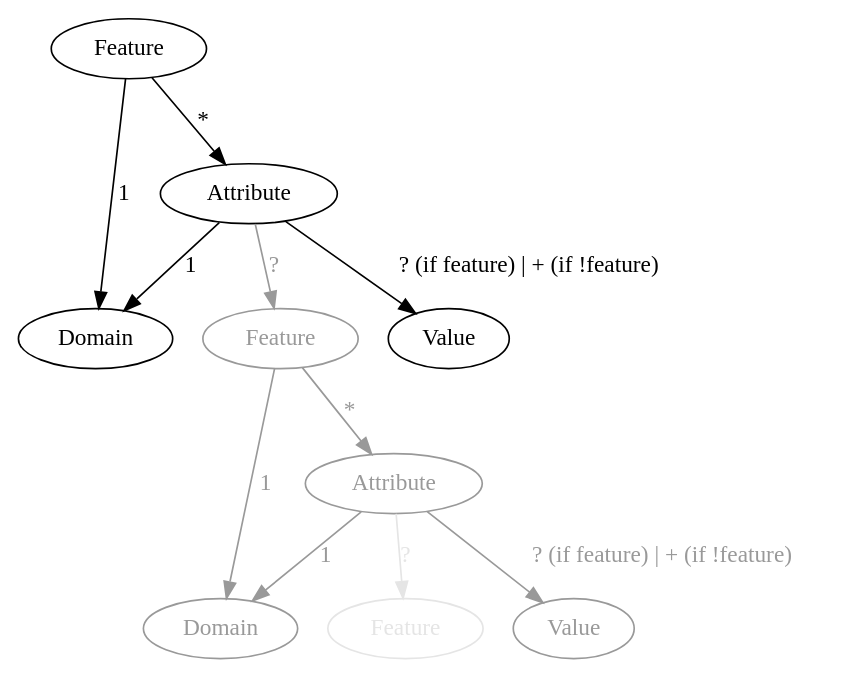
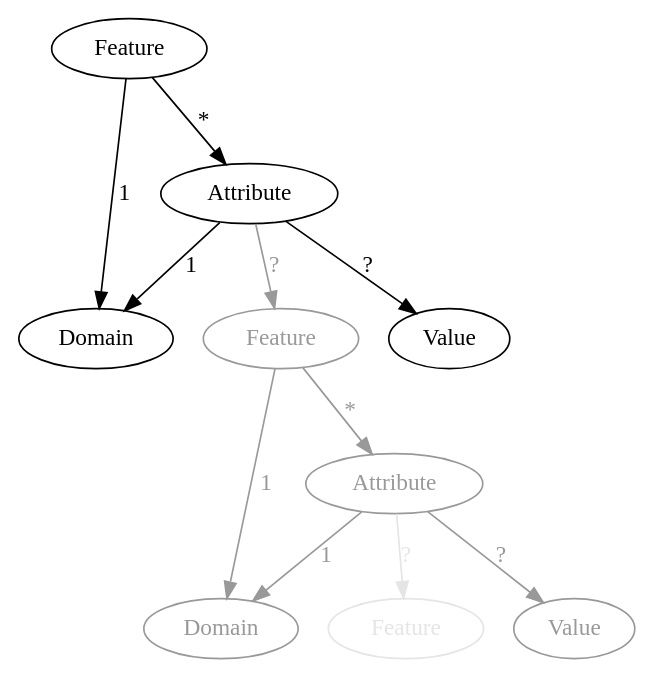
One commit to geoneric/fern changed the first of 2 diagrams in Documents/Texts/DataModel/DataModel.rst. Above: the diagram before and after it, drawn with Graphviz. The commit also changed other lines of this file and 24 other files, not shown here.

```diff
--- a/Documents/Texts/DataModel/DataModel.rst
+++ b/Documents/Texts/DataModel/DataModel.rst
@@ -5,53 +5,53 @@
 .. graphviz::
 
    digraph DataModel {
      feature1[
        label="Feature"
      ]
      feature2[
        label="Feature",
        color="grey60",
        fontcolor="grey60"
      ]
      feature3[
        label="Feature"
        color="grey90",
        fontcolor="grey90"
      ]
      domain1[
        label="Domain"
      ]
      domain2[
        label="Domain"
        color="grey60",
        fontcolor="grey60"
      ]
      attribute1[
        label="Attribute"
      ]
      attribute2[
        label="Attribute"
        color="grey60",
        fontcolor="grey60"
      ]
      value1[
        label="Value"
      ]
      value2[
        label="Value"
        color="grey60",
        fontcolor="grey60"
      ]
 
      feature1 -> domain1 [label="1"];
      feature1 -> attribute1 [label="*"];
      attribute1 -> domain1 [label="1"];
      attribute1 -> feature2 [label="?", color="grey60", fontcolor="grey60"];
-     attribute1 -> value1 [label="? (if feature) | + (if !feature)"];
+     attribute1 -> value1 [label="?"];
 
      feature2 -> domain2 [label="1", color="grey60", fontcolor="grey60"];
      feature2 -> attribute2 [label="*", color="grey60", fontcolor="grey60"];
      attribute2 -> domain2 [label="1", color="grey60", fontcolor="grey60"];
      attribute2 -> feature3 [label="?", color="grey90", fontcolor="grey90"];
-     attribute2 -> value2 [label="? (if feature) | + (if !feature)", color="grey60", fontcolor="grey60"];
+     attribute2 -> value2 [label="?", color="grey60", fontcolor="grey60"];
   }
```
